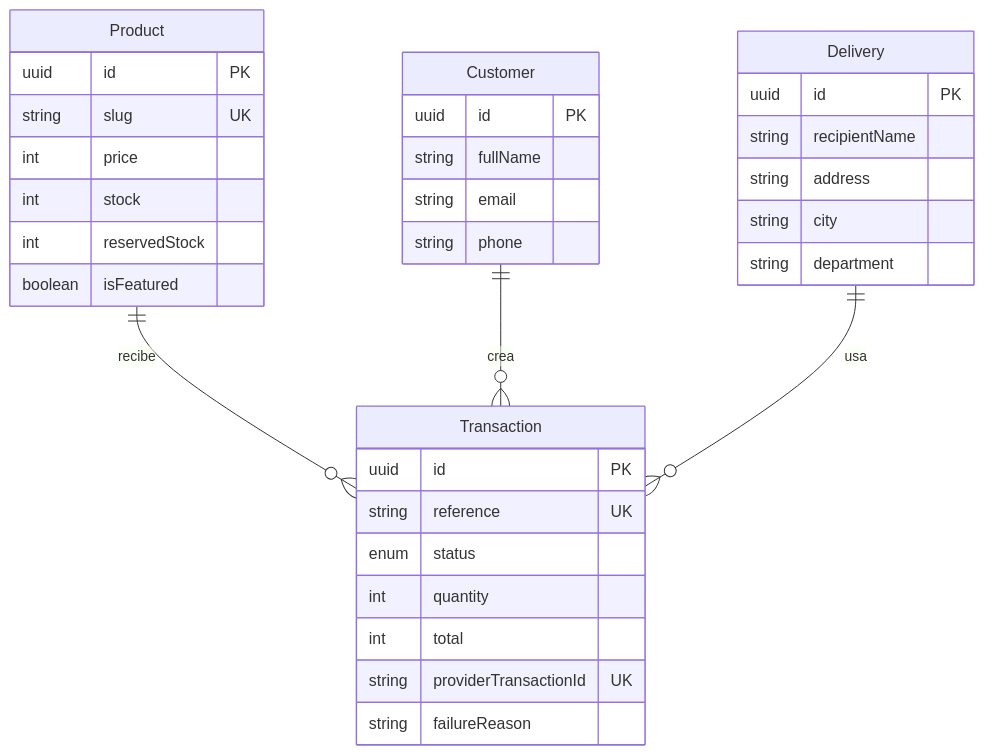
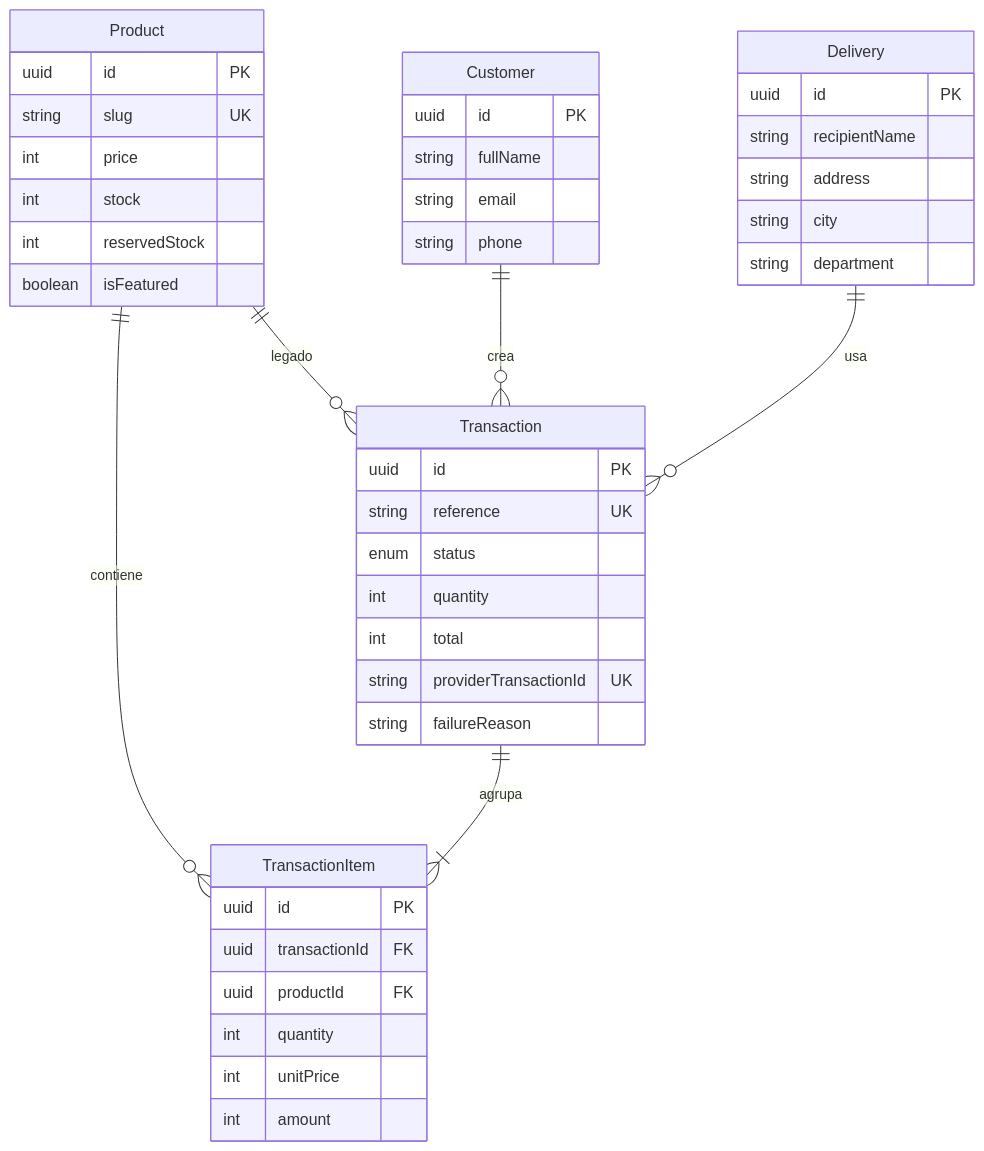
One commit to davidGuiitar/checkout-lab changed the third of 3 diagrams in README.md. Above: the diagram before and after it, drawn with Mermaid. The commit also changed other lines of this file and 6 other files, not shown here.

````diff
--- a/README.md
+++ b/README.md
@@ -77,37 +77,47 @@
 ```mermaid
 erDiagram
-  Product ||--o{ Transaction : recibe
+  Product ||--o{ TransactionItem : contiene
+  Transaction ||--|{ TransactionItem : agrupa
+  Product ||--o{ Transaction : legado
   Customer ||--o{ Transaction : crea
   Delivery ||--o{ Transaction : usa
 
   Product {
     uuid id PK
     string slug UK
     int price
     int stock
     int reservedStock
     boolean isFeatured
   }
   Customer {
     uuid id PK
     string fullName
     string email
     string phone
   }
   Delivery {
     uuid id PK
     string recipientName
     string address
     string city
     string department
   }
   Transaction {
     uuid id PK
     string reference UK
     enum status
     int quantity
     int total
     string providerTransactionId UK
     string failureReason
   }
+  TransactionItem {
+    uuid id PK
+    uuid transactionId FK
+    uuid productId FK
+    int quantity
+    int unitPrice
+    int amount
+  }
 ```
````
